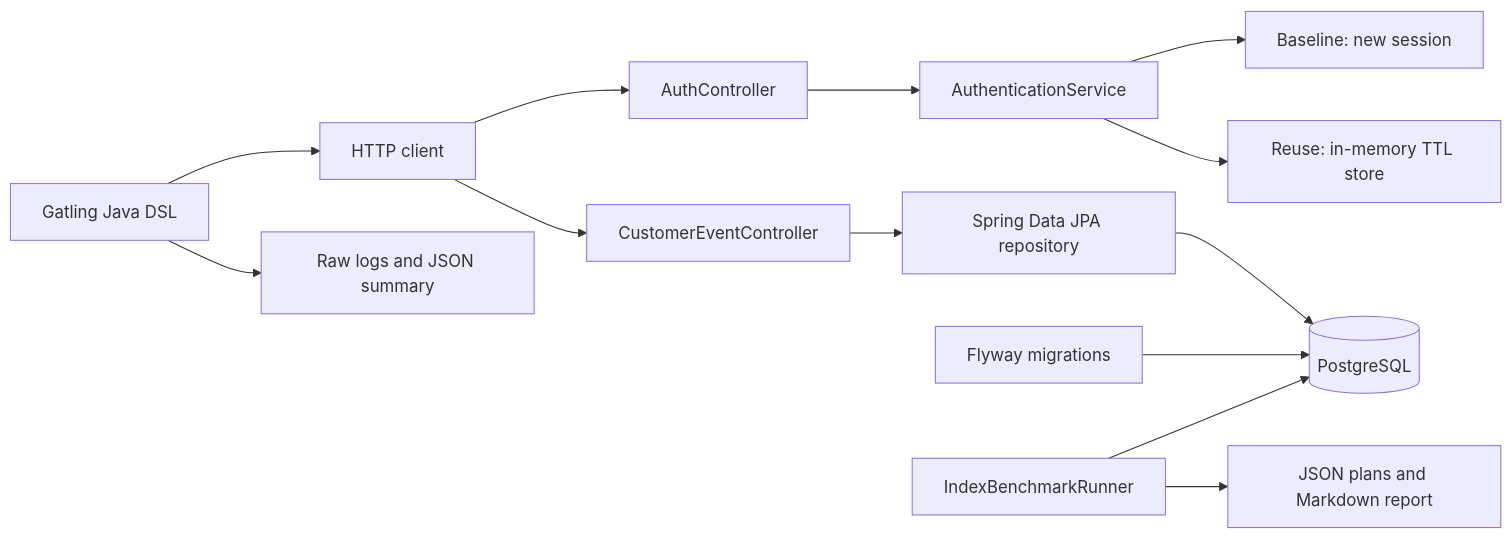
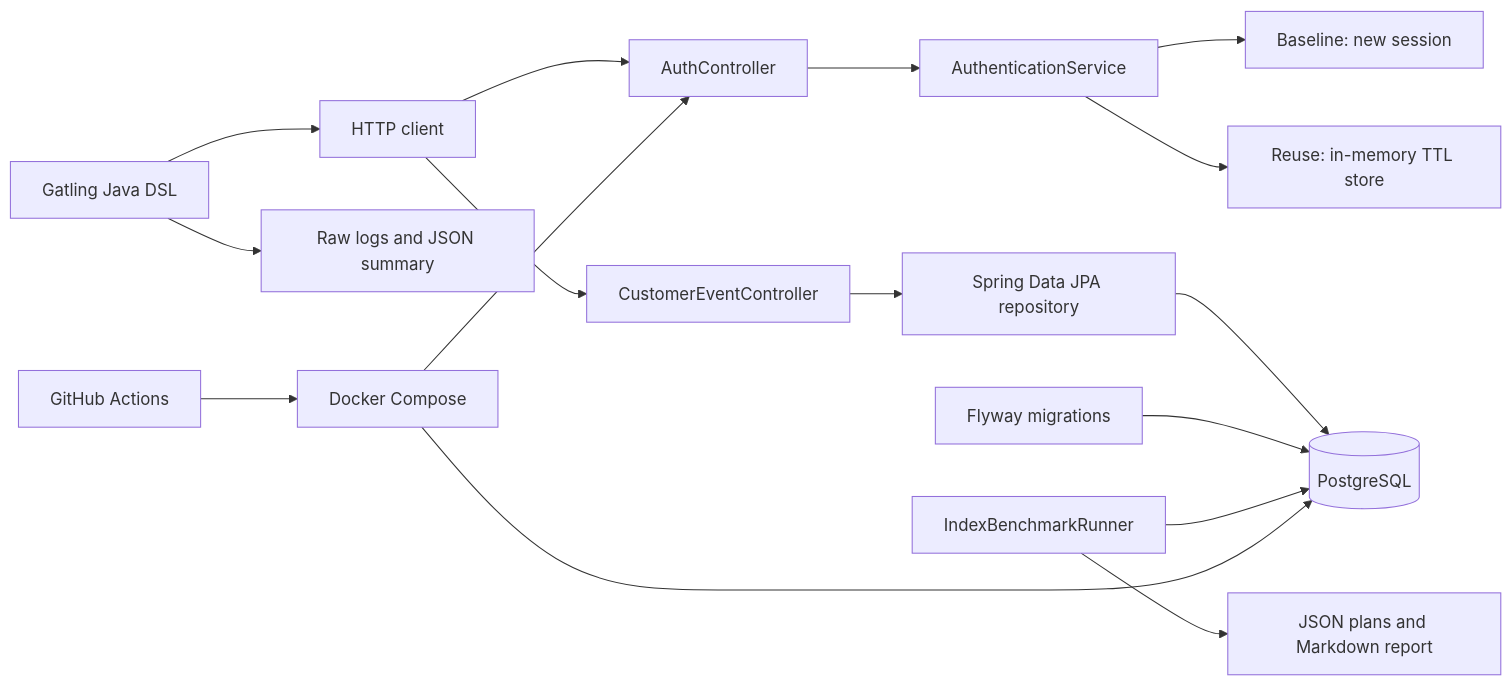
One commit to kennyufish/java-backend-performance-lab changed the diagram in README.md. Above: the diagram before and after it, drawn with Mermaid. The commit also changed other lines of this file and 5 other files, not shown here.

Commit message:
Add Docker Compose and CI

````diff
--- a/README.md
+++ b/README.md
@@ -23,16 +25,19 @@
 ```mermaid
 flowchart LR
     C["HTTP client"] --> A["AuthController"]
     A --> AS["AuthenticationService"]
     AS --> B["Baseline: new session"]
     AS --> R["Reuse: in-memory TTL store"]
     G["Gatling Java DSL"] --> C
     G --> LR["Raw logs and JSON summary"]
 
     C --> E["CustomerEventController"]
     E --> J["Spring Data JPA repository"]
     J --> P[("PostgreSQL")]
     F["Flyway migrations"] --> P
     BR["IndexBenchmarkRunner"] --> P
     BR --> O["JSON plans and Markdown report"]
+    D["Docker Compose"] --> A
+    D --> P
+    CI["GitHub Actions"] --> D
 ```
````
